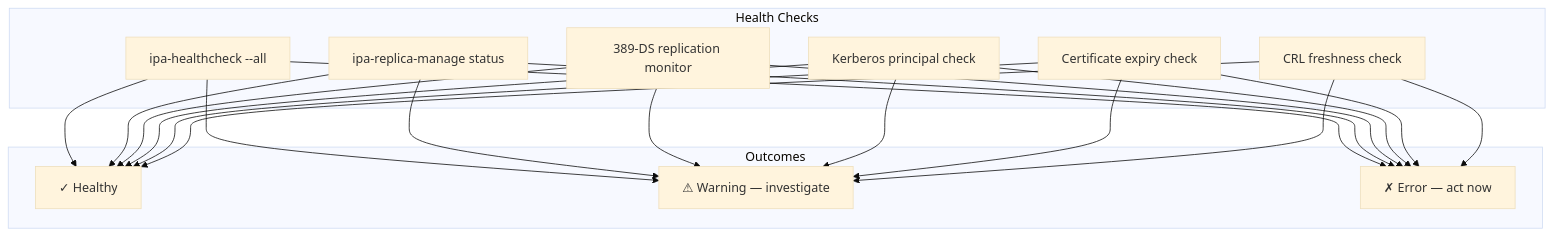
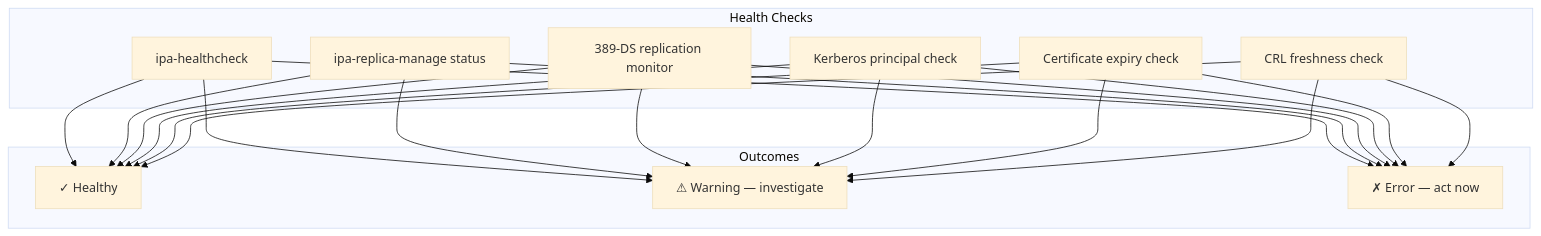
One commit to UncleJS/course_FreeIPA changed diagram 11 of 15 in 12_replication_topology.md. Above: the diagram before and after it, drawn with Mermaid (base theme). The commit also changed other lines of this file and 24 other files, not shown here.

````diff
--- a/12_replication_topology.md
+++ b/12_replication_topology.md
@@ -644,21 +619,21 @@
 ```mermaid
 graph TD
     subgraph Health Checks
-        C1[ipa-healthcheck --all]
+        C1[ipa-healthcheck]
         C2[ipa-replica-manage status]
         C3[389-DS replication monitor]
         C4[Kerberos principal check]
         C5[Certificate expiry check]
         C6[CRL freshness check]
     end
 
     subgraph Outcomes
         OK[✓ Healthy]
         WARN[⚠ Warning — investigate]
         ERR[✗ Error — act now]
     end
 
     C1 & C2 & C3 & C4 & C5 & C6 --> OK
     C1 & C2 & C3 & C4 & C5 & C6 --> WARN
     C1 & C2 & C3 & C4 & C5 & C6 --> ERR
 ```
````
